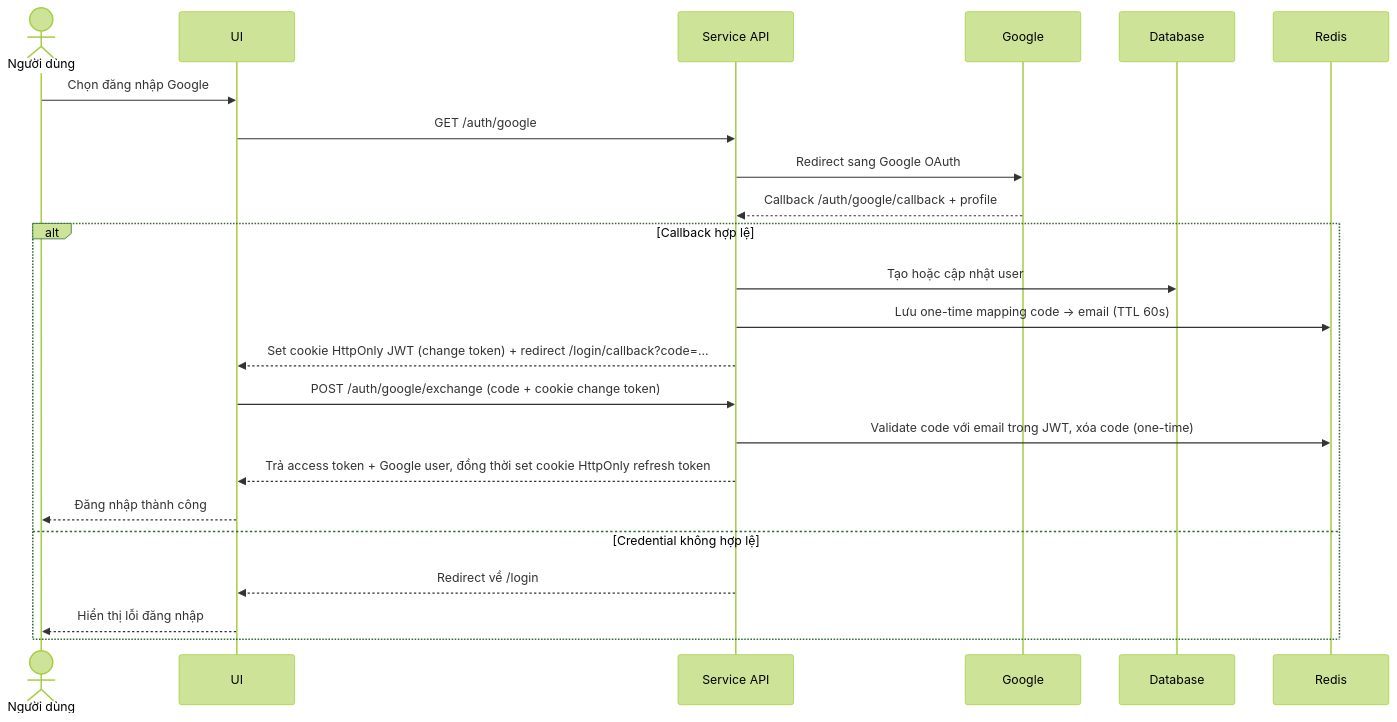
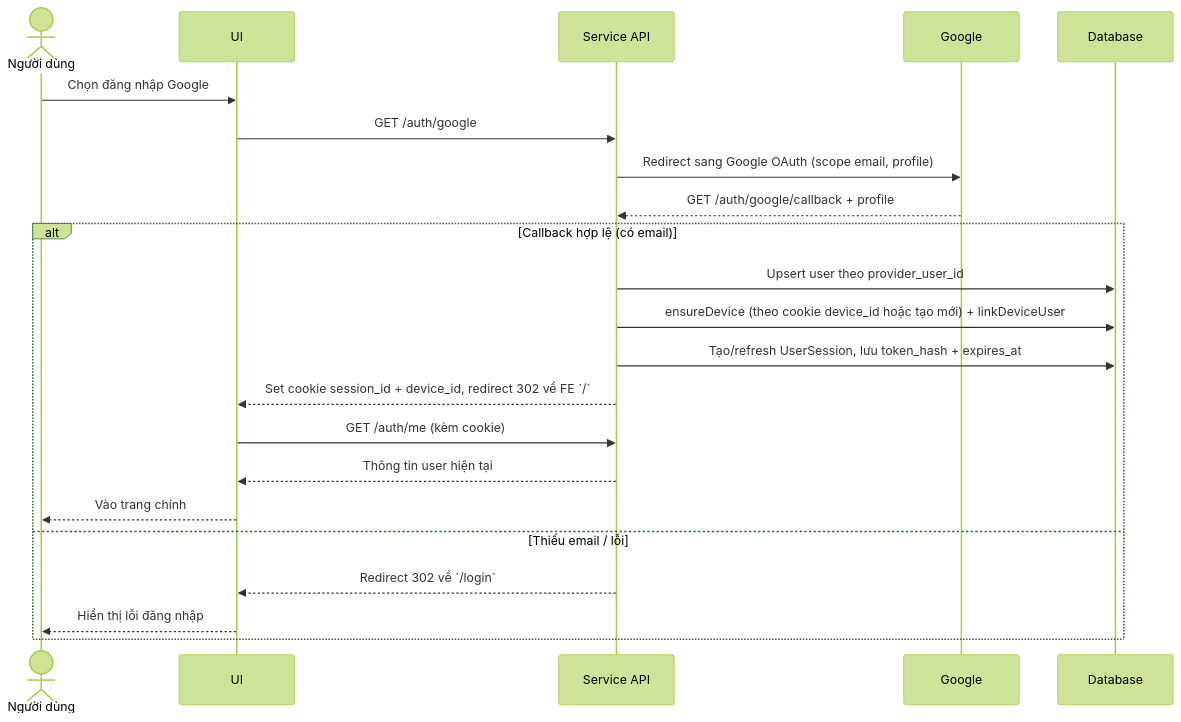
One commit to CVThien2k2/joytab changed the second of 7 diagrams in docs/thiet-ke-he-thong-20260522.md. Above: the diagram before and after it, drawn with Mermaid (forest theme). The commit also changed other lines of this file and 14 other files, not shown here.

First line of the commit message:
Update security documentation, system architecture, and technology selection

````diff
--- a/docs/thiet-ke-he-thong-20260522.md
+++ b/docs/thiet-ke-he-thong-20260522.md
@@ -40,26 +50,25 @@
 ```mermaid
 sequenceDiagram
   actor ND as Người dùng
   participant UI
   participant API as Service API
   participant GG as Google
   participant DB as Database
-  participant RD as Redis
 
   ND->>UI: Chọn đăng nhập Google
   UI->>API: GET /auth/google
-  API->>GG: Redirect sang Google OAuth
-  GG-->>API: Callback /auth/google/callback + profile
-  alt Callback hợp lệ
-    API->>DB: Tạo hoặc cập nhật user
-    API->>RD: Lưu one-time mapping code -> email (TTL 60s)
-    API-->>UI: Set cookie HttpOnly JWT (change token) + redirect /login/callback?code=...
-    UI->>API: POST /auth/google/exchange (code + cookie change token)
-    API->>RD: Validate code với email trong JWT, xóa code (one-time)
-    API-->>UI: Trả access token + Google user, đồng thời set cookie HttpOnly refresh token
-    UI-->>ND: Đăng nhập thành công
-  else Credential không hợp lệ
-    API-->>UI: Redirect về /login
+  API->>GG: Redirect sang Google OAuth (scope email, profile)
+  GG-->>API: GET /auth/google/callback + profile
+  alt Callback hợp lệ (có email)
+    API->>DB: Upsert user theo provider_user_id
+    API->>DB: ensureDevice (theo cookie device_id hoặc tạo mới) + linkDeviceUser
+    API->>DB: Tạo/refresh UserSession, lưu token_hash + expires_at
+    API-->>UI: Set cookie session_id + device_id, redirect 302 về FE `/`
+    UI->>API: GET /auth/me (kèm cookie)
+    API-->>UI: Thông tin user hiện tại
+    UI-->>ND: Vào trang chính
+  else Thiếu email / lỗi
+    API-->>UI: Redirect 302 về `/login`
     UI-->>ND: Hiển thị lỗi đăng nhập
   end
 ```
````
